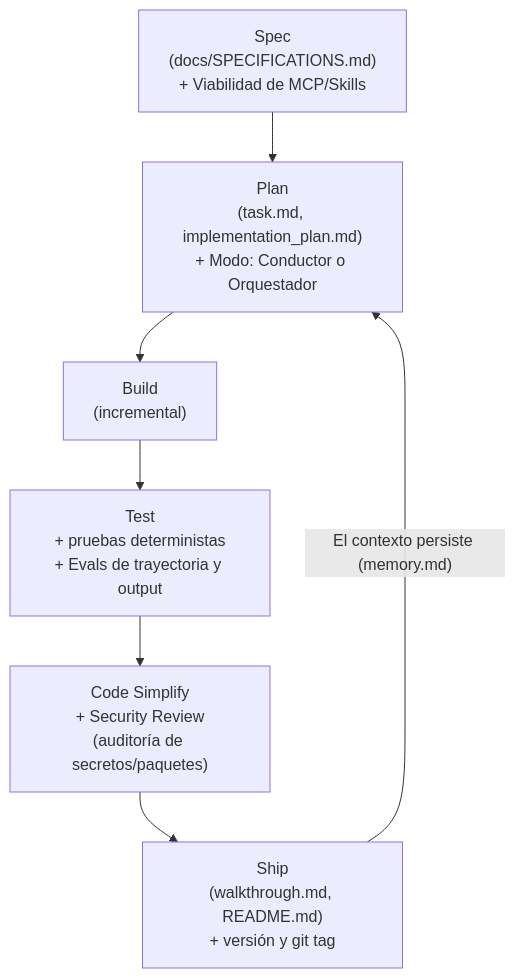
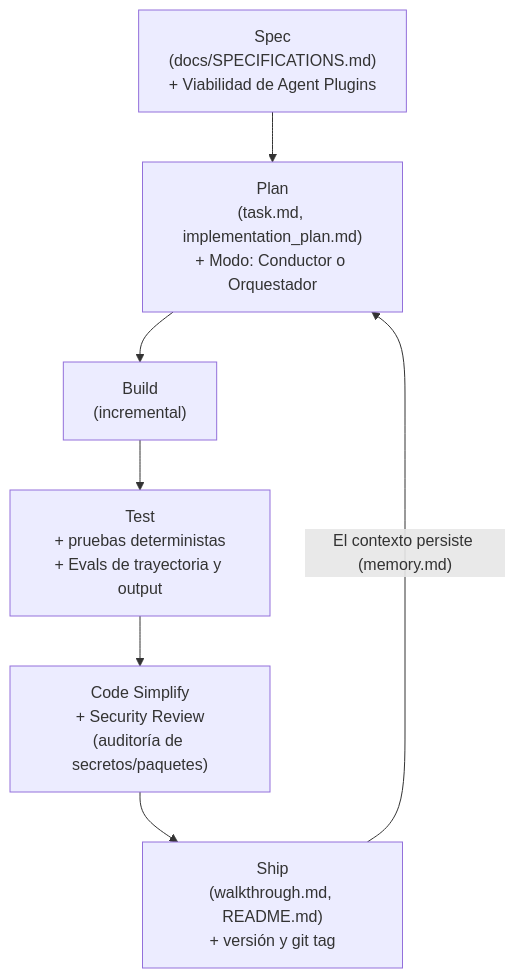
One commit to davidbuenov/dbv-specs-ops changed the second of 2 diagrams in README.md. Above: the diagram before and after it, drawn with Mermaid. The commit also changed other lines of this file and 10 other files, not shown here.

Commit message:
feat: integrar estandar universal Agent Plugins 1.0.0 (v2.4.0)

````diff
--- a/README.md
+++ b/README.md
@@ -342,9 +344,9 @@
 ```mermaid
 flowchart TD
-    Spec["Spec<br/>(docs/SPECIFICATIONS.md)<br/>+ Viabilidad de MCP/Skills"] --> Plan["Plan<br/>(task.md, implementation_plan.md)<br/>+ Modo: Conductor o Orquestador"]
+    Spec["Spec<br/>(docs/SPECIFICATIONS.md)<br/>+ Viabilidad de Agent Plugins"] --> Plan["Plan<br/>(task.md, implementation_plan.md)<br/>+ Modo: Conductor o Orquestador"]
     Plan --> Build["Build<br/>(incremental)"]
     Build --> Test["Test<br/>+ pruebas deterministas<br/>+ Evals de trayectoria y output"]
     Test --> Simplify["Code Simplify<br/>+ Security Review<br/>(auditoría de secretos/paquetes)"]
     Simplify --> Ship["Ship<br/>(walkthrough.md, README.md)<br/>+ versión y git tag"]
     Ship -- "El contexto persiste (memory.md)" --> Plan
 ```
````
